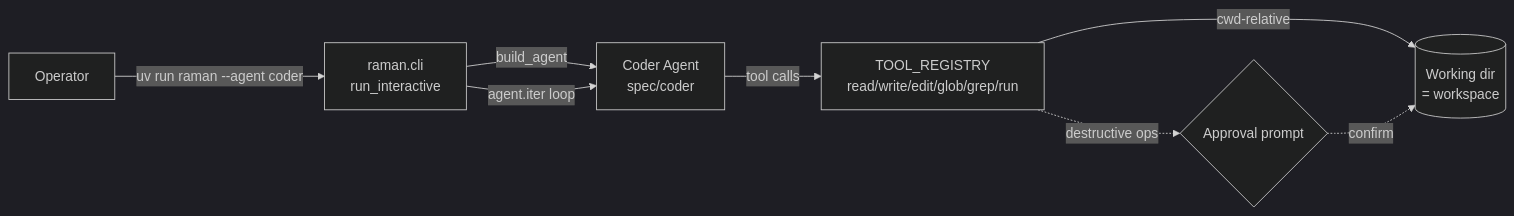
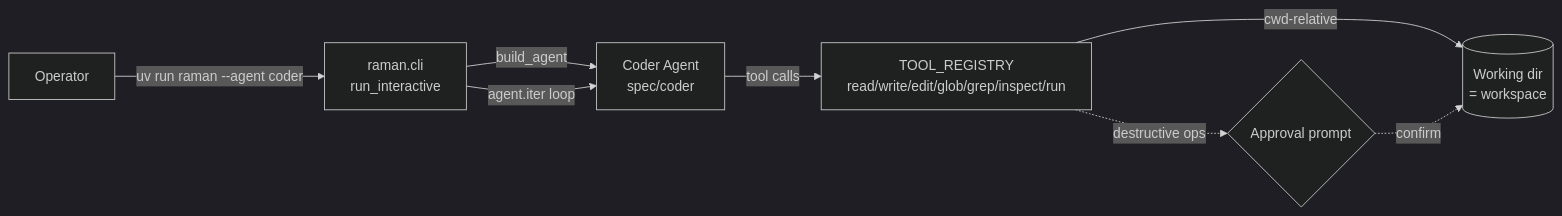
The diagram in apps/raman/docs/specs/coding-agent.md (raniendu/platform), drawn with Mermaid (dark theme) before and after one commit. The commit also changed other lines of this file and 6 other files, not shown here.

````diff
--- a/apps/raman/docs/specs/coding-agent.md
+++ b/apps/raman/docs/specs/coding-agent.md
@@ -56,10 +56,10 @@
 ```mermaid
 flowchart LR
     user[Operator] -->|uv run raman --agent coder| cli[raman.cli<br/>run_interactive]
     cli -->|build_agent| agent[Coder Agent<br/>spec/coder]
     cli -->|agent.iter loop| agent
-    agent -->|tool calls| tools[TOOL_REGISTRY<br/>read/write/edit/glob/grep/run]
+    agent -->|tool calls| tools[TOOL_REGISTRY<br/>read/write/edit/glob/grep/inspect/run]
     tools -->|cwd-relative| repo[(Working dir<br/>= workspace)]
     tools -.->|destructive ops| gate{Approval prompt}
     gate -.->|confirm| repo
 ```
````
